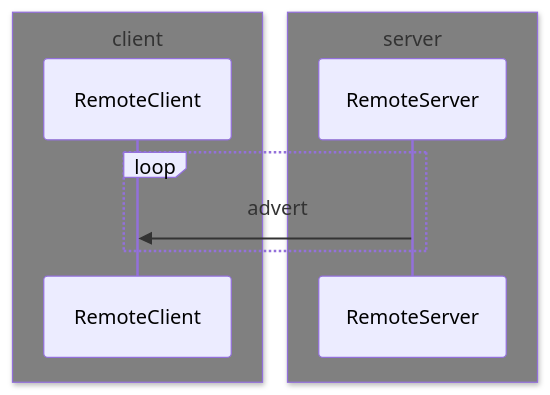
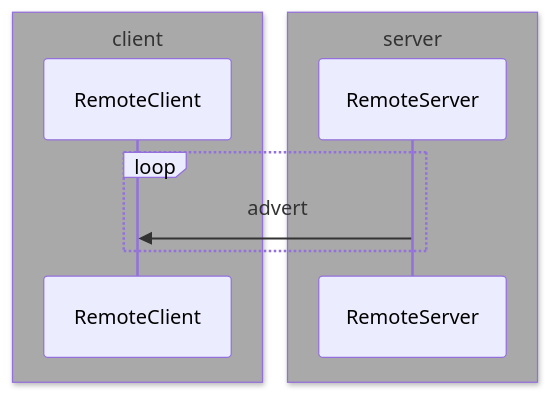
The diagram in docs/README.remote.md (jbuehl/homealone), drawn with Mermaid before and after one commit.

Commit message:
Add diagrams

````diff
--- a/docs/README.remote.md
+++ b/docs/README.remote.md
@@ -42,12 +42,12 @@
 ```mermaid
 sequenceDiagram
-	box gray client
+	box darkGray client
 	participant RemoteClient
 	end
-	box gray server
+	box darkGray server
 	participant RemoteServer
 	end
 	loop
 		RemoteServer ->> RemoteClient: advert
 	end
 ```
````
